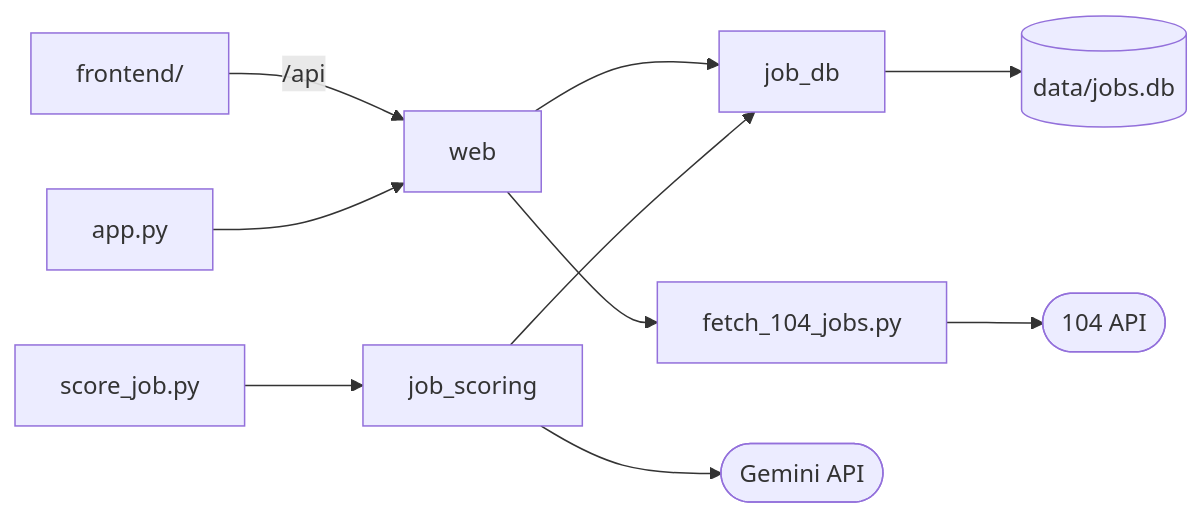
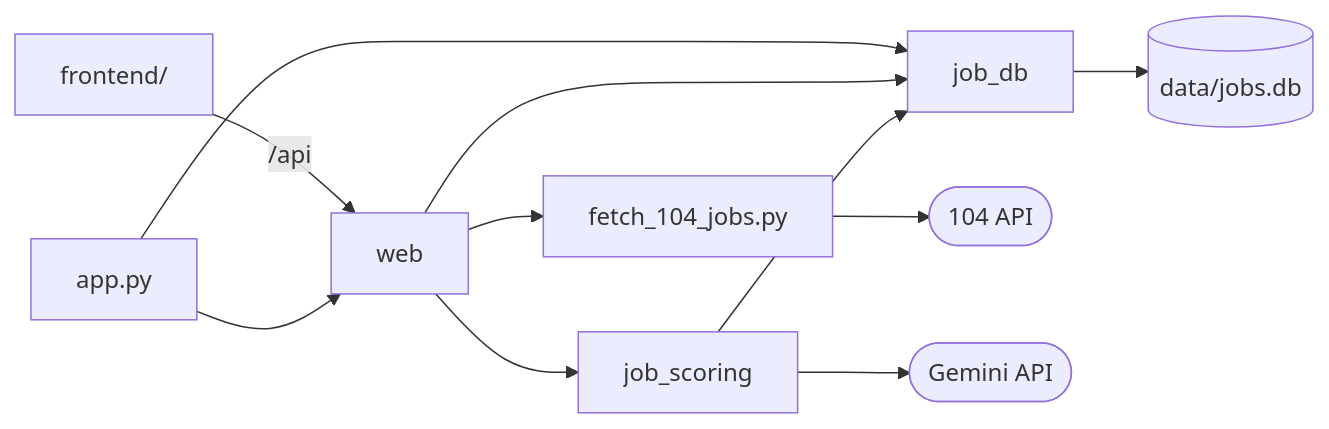
One commit to dlhdb/job-matching changed the diagram in docs/tech/architecture.md. Above: the diagram before and after it, drawn with Mermaid. The commit also changed other lines of this file and 13 other files, not shown here.

````diff
--- a/docs/tech/architecture.md
+++ b/docs/tech/architecture.md
@@ -21,12 +21,13 @@
 ```mermaid
 flowchart LR
     frontend["frontend/"] -->|"/api"| web["web"]
     app["app.py"] --> web
+    app --> jobdb
     web --> jobdb["job_db"]
     web --> fetch["fetch_104_jobs.py"]
-    score["score_job.py"] --> scoring["job_scoring"]
+    web --> scoring["job_scoring"]
     scoring --> jobdb
     jobdb --> db[("data/jobs.db")]
     fetch --> api104(["104 API"])
     scoring --> gemini(["Gemini API"])
 ```
````
